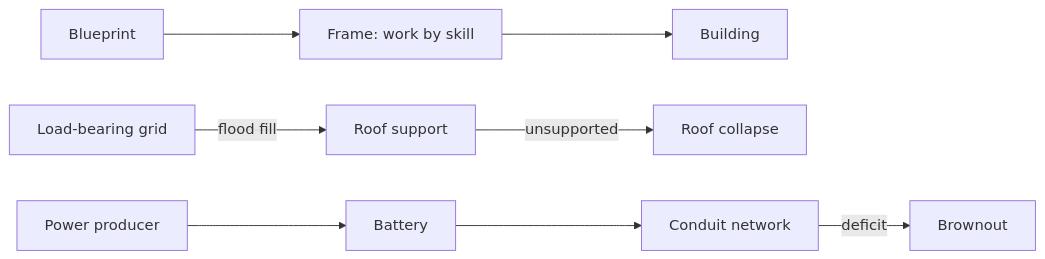
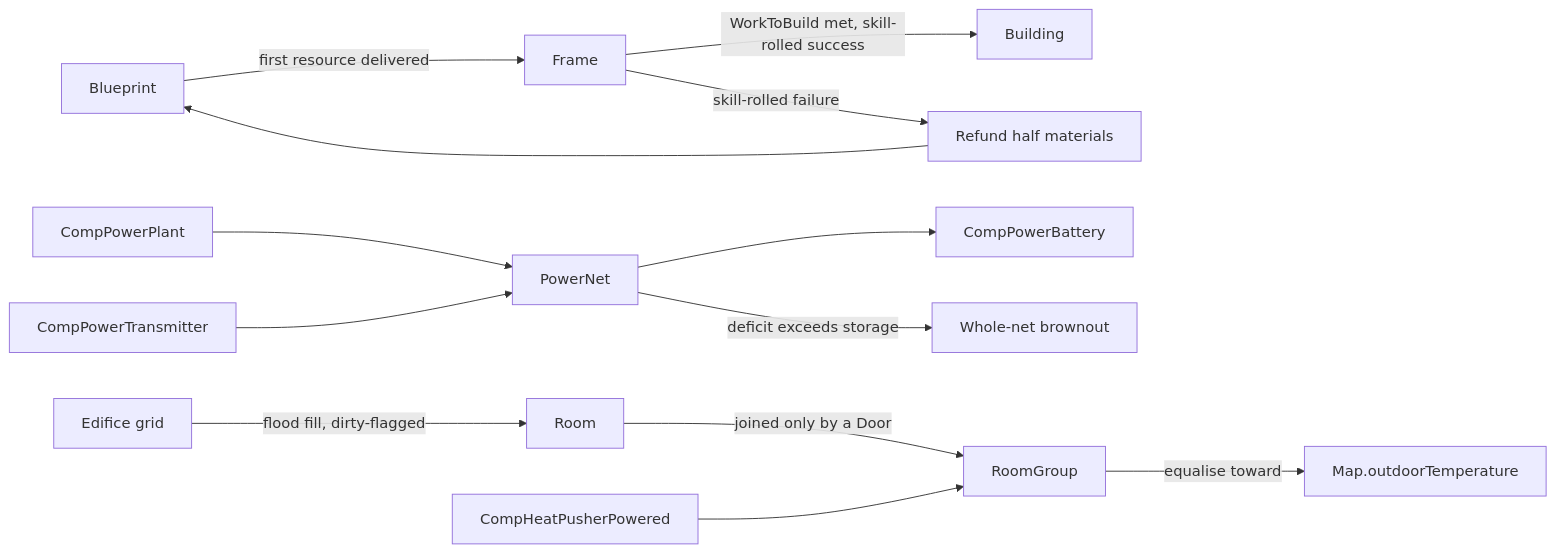
One commit to m2windham/simWorld changed the tenth of 13 diagrams in docs/spec/simworld-spec.md. Above: the diagram before and after it, drawn with Mermaid. The commit also changed other lines of this file and 37 other files, not shown here.

First line of the commit message:
Building, power and climate — the last planned system (#24)

````diff
--- a/docs/spec/simworld-spec.md
+++ b/docs/spec/simworld-spec.md
@@ -521,10 +561,16 @@
 ```mermaid
 flowchart LR
-  Blueprint --> Frame[Frame: work by skill]
-  Frame --> Building
-  Wall[Load-bearing grid] -->|flood fill| Support[Roof support]
-  Support -->|unsupported| Collapse[Roof collapse]
-  Producer[Power producer] --> Storage[Battery]
-  Storage --> Grid[Conduit network]
-  Grid -->|deficit| Brownout
+  Blueprint -->|first resource delivered| Frame
+  Frame -->|WorkToBuild met, skill-rolled success| Building
+  Frame -->|skill-rolled failure| Refund[Refund half materials] --> Blueprint
+
+  Producer[CompPowerPlant] --> Net[PowerNet]
+  Transmitter[CompPowerTransmitter] --> Net
+  Net --> Battery[CompPowerBattery]
+  Net -->|deficit exceeds storage| Brownout[Whole-net brownout]
+
+  Edifices[Edifice grid] -->|flood fill, dirty-flagged| Rooms[Room]
+  Rooms -->|joined only by a Door| Groups[RoomGroup]
+  Groups -->|equalise toward| Outdoor[Map.outdoorTemperature]
+  Heater[CompHeatPusherPowered] --> Groups
 ```
````
